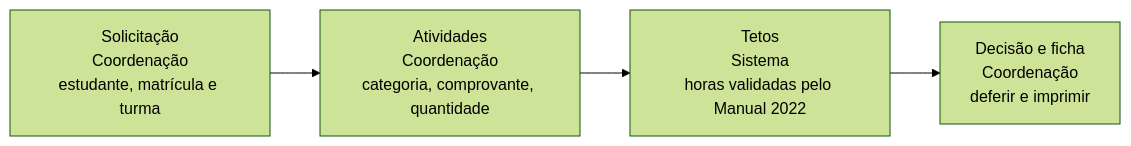
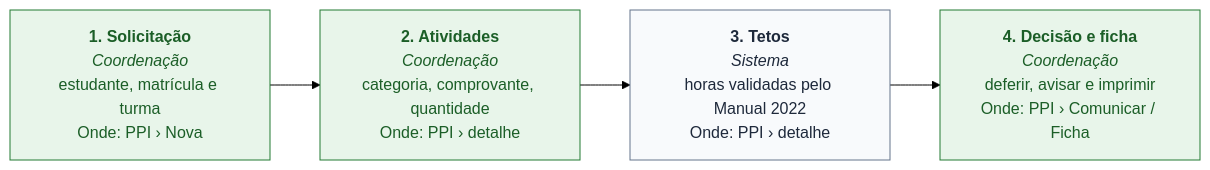
One commit to cctrc-bvg/sgc-redes-bvg changed the eighth of 14 diagrams in docs/MANUAL_DO_USUARIO.md. Above: the diagram before and after it, drawn with Mermaid (forest theme). The commit also changed other lines of this file and 109 other files, not shown here.

````diff
--- a/docs/MANUAL_DO_USUARIO.md
+++ b/docs/MANUAL_DO_USUARIO.md
@@ -512,10 +600,15 @@
 ```mermaid
 flowchart LR
-  E0["Solicitação<br/>Coordenação<br/>estudante, matrícula e turma"]
-  E1["Atividades<br/>Coordenação<br/>categoria, comprovante, quantidade"]
+  classDef gestao fill:#e8f5ea,stroke:#237a32,color:#1b5e27
+  classDef docencia fill:#e8f0fb,stroke:#1d5fb8,color:#174a8f
+  classDef setor fill:#fffbeb,stroke:#d97706,color:#78350f
+  classDef sistema fill:#f8fafc,stroke:#64748b,color:#1e293b
+  classDef todos fill:#ffffff,stroke:#64748b,color:#1e293b
+  E0["<b>1. Solicitação</b><br/><i>Coordenação</i><br/>estudante, matrícula e turma<br/>Onde: PPI › Nova"]:::gestao
+  E1["<b>2. Atividades</b><br/><i>Coordenação</i><br/>categoria, comprovante, quantidade<br/>Onde: PPI › detalhe"]:::gestao
   E0 --> E1
-  E2["Tetos<br/>Sistema<br/>horas validadas pelo Manual 2022"]
+  E2["<b>3. Tetos</b><br/><i>Sistema</i><br/>horas validadas pelo Manual 2022<br/>Onde: PPI › detalhe"]:::sistema
   E1 --> E2
-  E3["Decisão e ficha<br/>Coordenação<br/>deferir e imprimir"]
+  E3["<b>4. Decisão e ficha</b><br/><i>Coordenação</i><br/>deferir, avisar e imprimir<br/>Onde: PPI › Comunicar / Ficha"]:::gestao
   E2 --> E3
 ```
````
